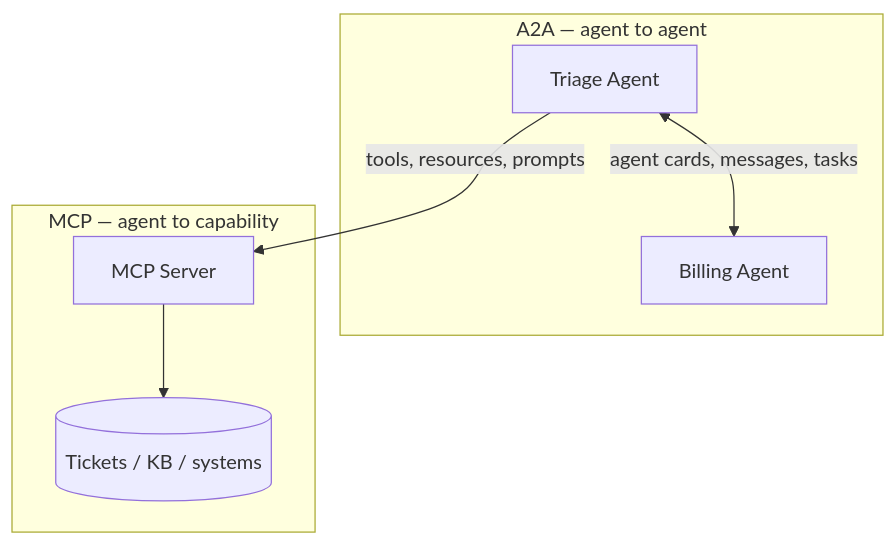
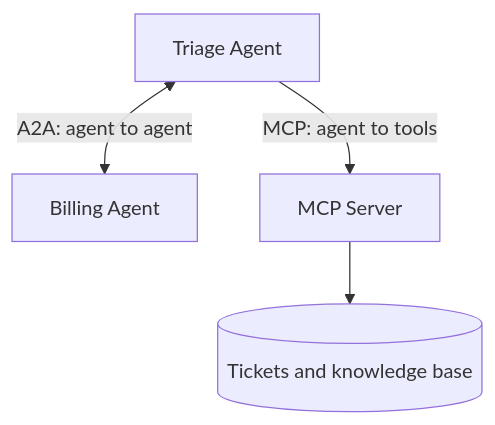
The diagram in README.md (CyberNautical/Hands-On-Agent-Protocol-Integration), drawn with Mermaid before and after one commit. The commit also changed other lines of this file and 9 other files, not shown here.

````diff
--- a/README.md
+++ b/README.md
@@ -15,10 +23,6 @@
 ```mermaid
 graph TD
-    subgraph horizontal["A2A — agent to agent"]
-        T[Triage Agent] <-->|"agent cards, messages, tasks"| B[Billing Agent]
-    end
-    subgraph vertical["MCP — agent to capability"]
-        T -->|"tools, resources, prompts"| M[MCP Server]
-        M --> S[(Tickets / KB / systems)]
-    end
+    T[Triage Agent] <-->|"A2A: agent to agent"| B[Billing Agent]
+    T -->|"MCP: agent to tools"| M[MCP Server]
+    M --> S[(Tickets and knowledge base)]
 ```
````
